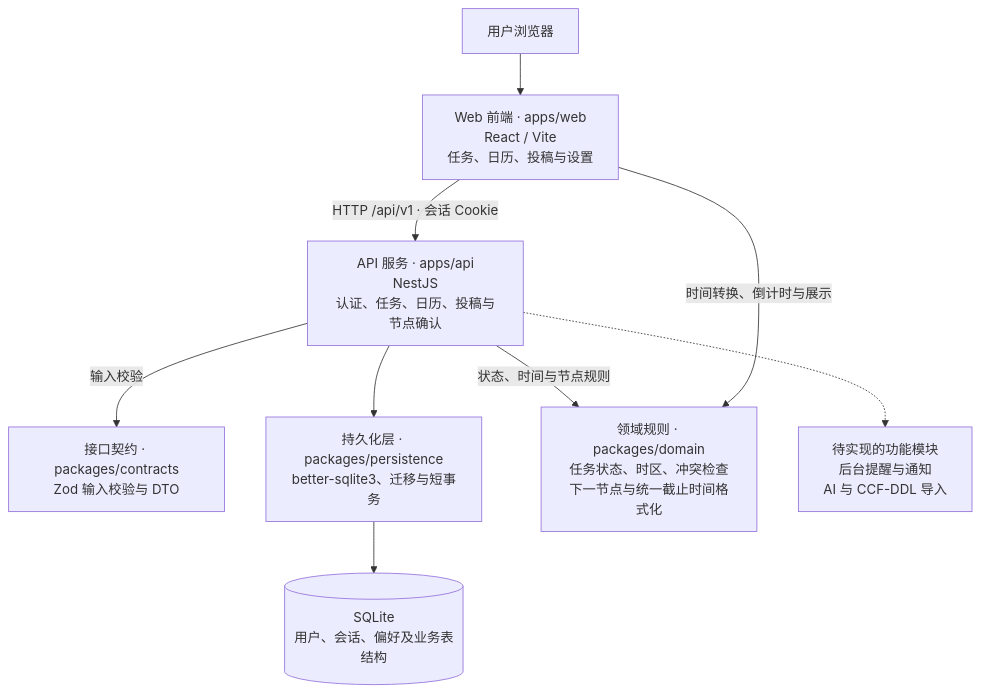
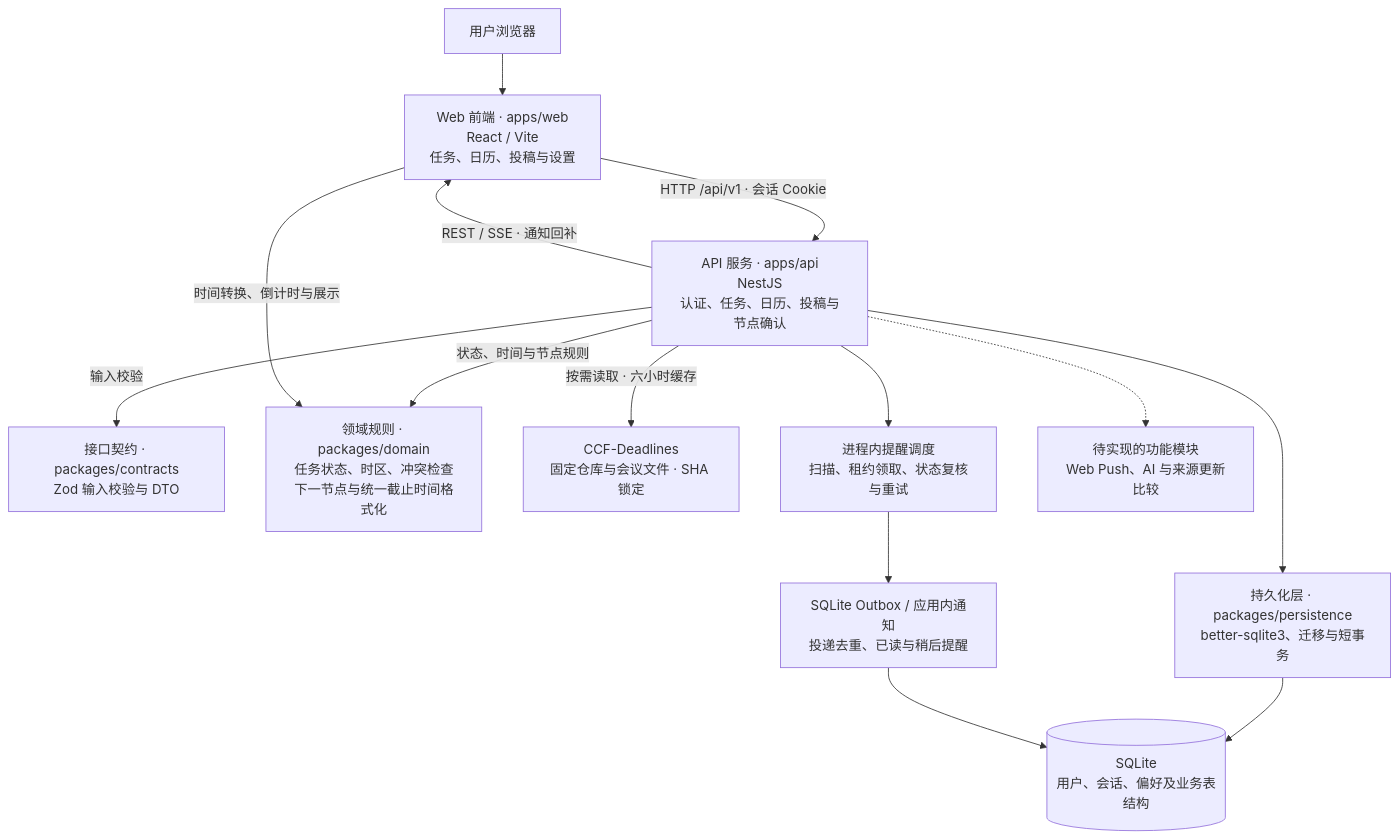
Before and after one commit to shenyang70s/daily-plan: the diagram in README.md, drawn with Mermaid. The commit also changed other lines of this file and 48 other files, not shown here.

````diff
--- a/README.md
+++ b/README.md
@@ -17,20 +17,28 @@
 ```mermaid
 flowchart TB
   browser["用户浏览器"]
   web["Web 前端 · apps/web<br/>React / Vite<br/>任务、日历、投稿与设置"]
   api["API 服务 · apps/api<br/>NestJS<br/>认证、任务、日历、投稿与节点确认"]
   contracts["接口契约 · packages/contracts<br/>Zod 输入校验与 DTO"]
   persistence["持久化层 · packages/persistence<br/>better-sqlite3、迁移与短事务"]
   db[("SQLite<br/>用户、会话、偏好及业务表结构")]
   domain["领域规则 · packages/domain<br/>任务状态、时区、冲突检查<br/>下一节点与统一截止时间格式化"]
-  planned["待实现的功能模块<br/>后台提醒与通知<br/>AI 与 CCF-DDL 导入"]
+  conferences["CCF-Deadlines<br/>固定仓库与会议文件 · SHA 锁定"]
+  scheduler["进程内提醒调度<br/>扫描、租约领取、状态复核与重试"]
+  outbox["SQLite Outbox / 应用内通知<br/>投递去重、已读与稍后提醒"]
+  planned["待实现的功能模块<br/>Web Push、AI 与来源更新比较"]
 
   browser --> web
   web -->|"HTTP /api/v1 · 会话 Cookie"| api
   api -->|"输入校验"| contracts
   api --> persistence
   persistence --> db
   api -->|"状态、时间与节点规则"| domain
   web -->|"时间转换、倒计时与展示"| domain
+  api -->|"按需读取 · 六小时缓存"| conferences
+  api --> scheduler
+  scheduler --> outbox
+  outbox --> db
+  api -->|"REST / SSE · 通知回补"| web
   api -.-> planned
 ```
````
